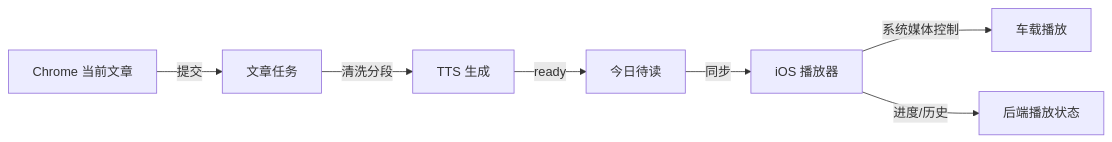
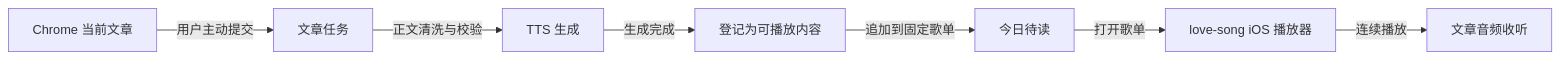
One commit to keno9527/web2audio changed the diagram in docs/PRODUCT.md. Above: the diagram before and after it, drawn with Mermaid. The commit also changed other lines of this file and 36 other files, not shown here.

````diff
--- a/docs/PRODUCT.md
+++ b/docs/PRODUCT.md
@@ -60,9 +74,9 @@
 ```mermaid
 flowchart LR
-  A["Chrome 当前文章"] -->|提交| B["文章任务"]
-  B -->|清洗分段| C["TTS 生成"]
-  C -->|ready| D["今日待读"]
-  D -->|同步| E["iOS 播放器"]
-  E -->|系统媒体控制| F["车载播放"]
-  E -->|进度/历史| G["后端播放状态"]
+  A["Chrome 当前文章"] -->|用户主动提交| B["文章任务"]
+  B -->|正文清洗与校验| C["TTS 生成"]
+  C -->|生成完成| D["登记为可播放内容"]
+  D -->|追加到固定歌单| E["今日待读"]
+  E -->|打开歌单| F["love-song iOS 播放器"]
+  F -->|连续播放| G["文章音频收听"]
 ```
````
